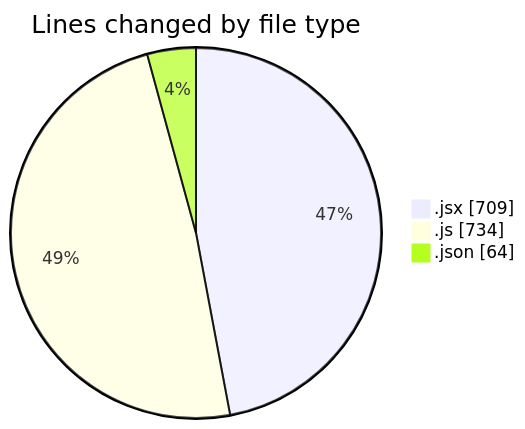
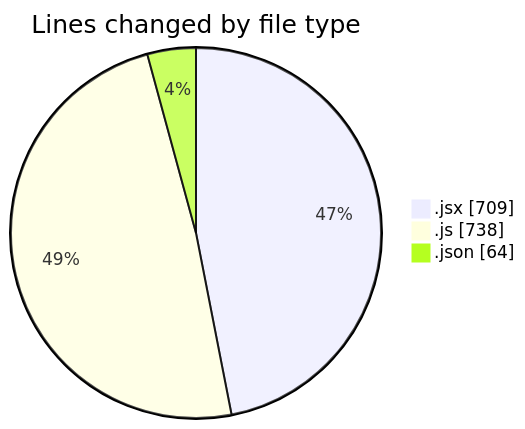
One commit to nxtqubesakshisongat/code-tracking changed the first of 2 diagrams in 2025-11-05/nxtqube_webapp/README.md. Above: the diagram before and after it, drawn with Mermaid. The commit also changed other lines of this file and 1 other file, not shown here.

````diff
--- a/2025-11-05/nxtqube_webapp/README.md
+++ b/2025-11-05/nxtqube_webapp/README.md
@@ -27,7 +27,7 @@
 ```mermaid
 pie showData
 title Lines changed by file type
 ".jsx" : 709
-".js" : 734
+".js" : 738
 ".json" : 64
 ```
````
